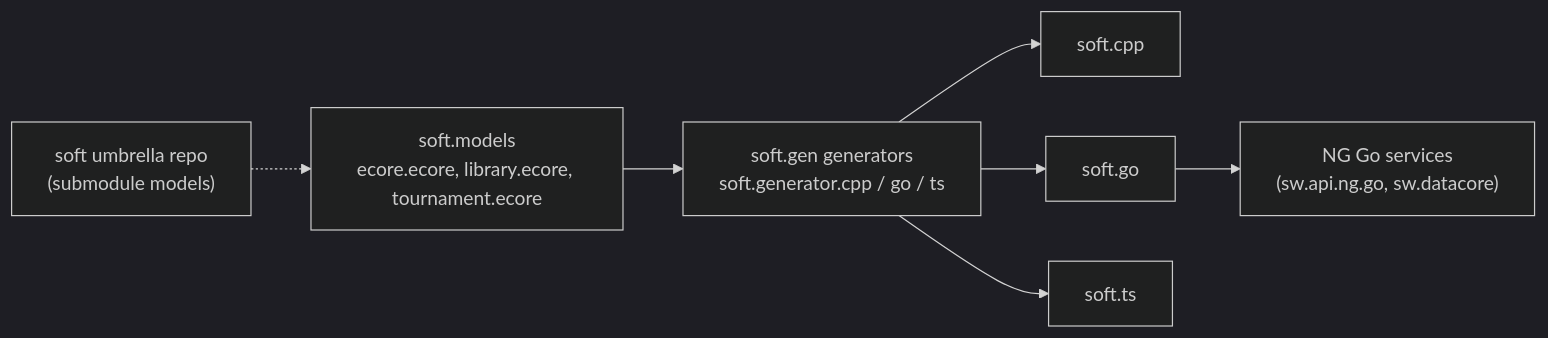
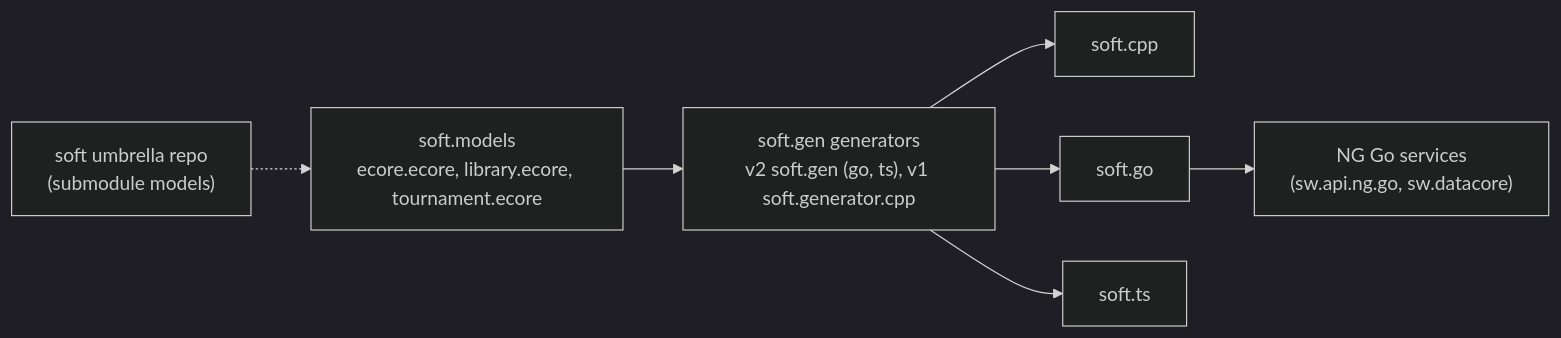
One commit to masagroup/soft.models changed the first of 2 diagrams in README.md. Above: the diagram before and after it, drawn with Mermaid (dark theme). The commit also changed other lines of this file, not shown here.

Commit message:
docs(readme): soft.go and soft.ts generate with soft.gen v2

````diff
--- a/README.md
+++ b/README.md
@@ -36,9 +36,9 @@
 ```mermaid
 flowchart LR
-    M["soft.models<br/>ecore.ecore, library.ecore, tournament.ecore"] --> G["soft.gen generators<br/>soft.generator.cpp / go / ts"]
+    M["soft.models<br/>ecore.ecore, library.ecore, tournament.ecore"] --> G["soft.gen generators<br/>v2 soft.gen (go, ts), v1 soft.generator.cpp"]
     G --> CPP[soft.cpp]
     G --> GO[soft.go]
     G --> TS[soft.ts]
     GO --> NG["NG Go services<br/>(sw.api.ng.go, sw.datacore)"]
     U["soft umbrella repo<br/>(submodule models)"] -.-> M
 ```
````
